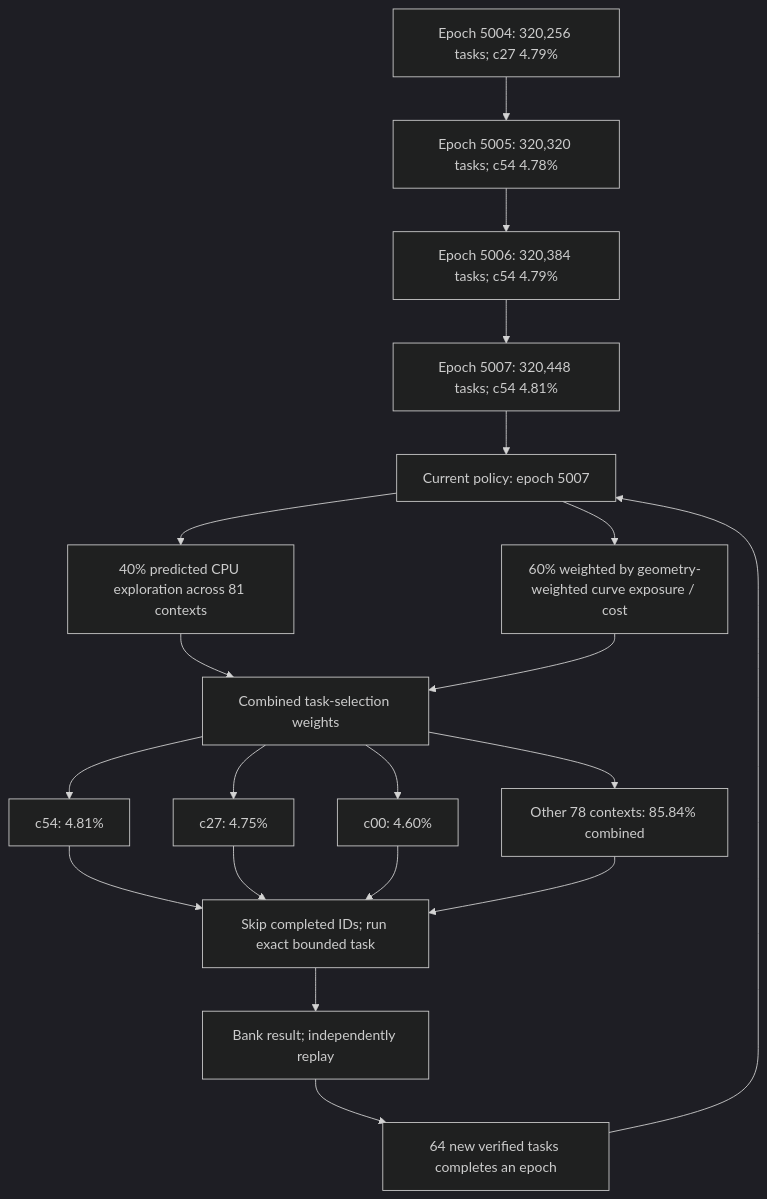
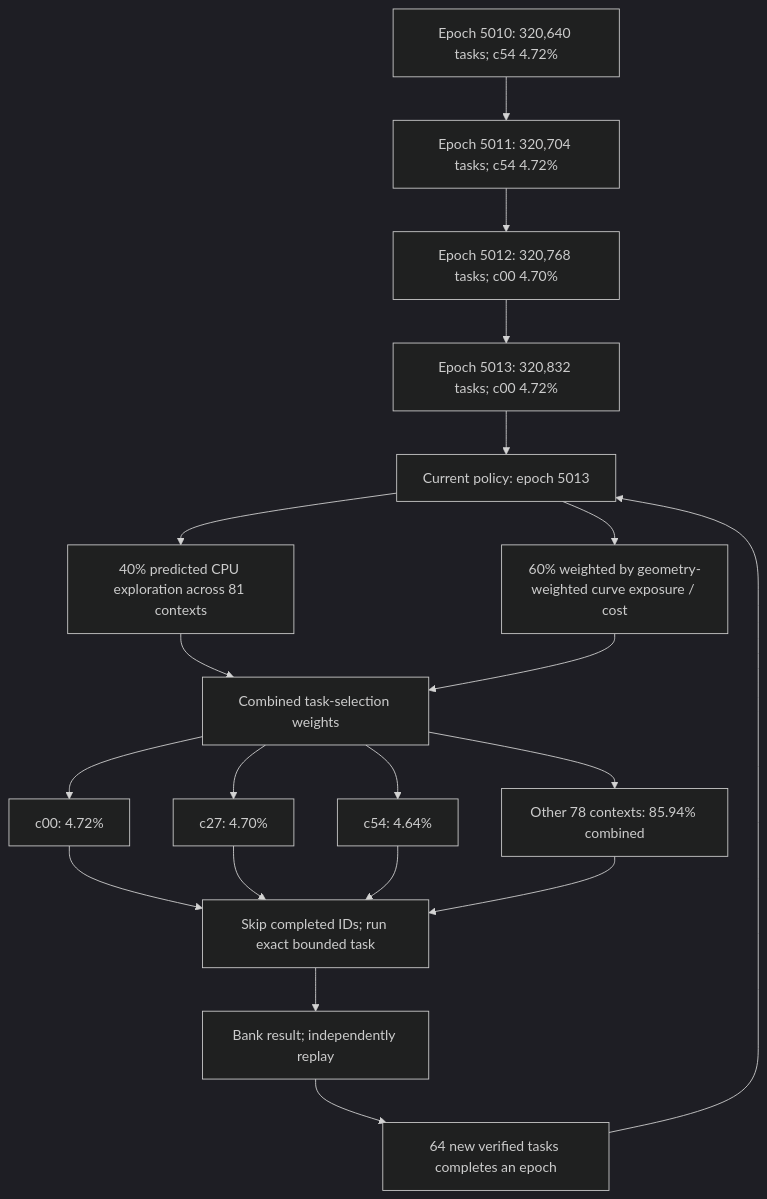
Before and after one commit to Kuberwastaken/math-gambling: the first of 3 diagrams in README.md, drawn with Mermaid (dark theme). The commit also changed other lines of this file and 1170 other files, not shown here.

````diff
--- a/README.md
+++ b/README.md
@@ -60,27 +60,27 @@
 ```mermaid
 flowchart TD
-    H0["Epoch 5004: 320,256 tasks; c27 4.79%"]
-    H1["Epoch 5005: 320,320 tasks; c54 4.78%"]
+    H0["Epoch 5010: 320,640 tasks; c54 4.72%"]
+    H1["Epoch 5011: 320,704 tasks; c54 4.72%"]
     H0 --> H1
-    H2["Epoch 5006: 320,384 tasks; c54 4.79%"]
+    H2["Epoch 5012: 320,768 tasks; c00 4.70%"]
     H1 --> H2
-    H3["Epoch 5007: 320,448 tasks; c54 4.81%"]
+    H3["Epoch 5013: 320,832 tasks; c00 4.72%"]
     H2 --> H3
-    Policy["Current policy: epoch 5007"]
+    Policy["Current policy: epoch 5013"]
     H3 --> Policy
     Policy --> Explore["40% predicted CPU exploration across 81 contexts"]
     Policy --> Cost["60% weighted by geometry-weighted curve exposure / cost"]
     Explore --> Mix["Combined task-selection weights"]
     Cost --> Mix
-    Mix --> C0["c54: 4.81%"]
-    Mix --> C1["c27: 4.75%"]
-    Mix --> C2["c00: 4.60%"]
-    Mix --> Rest["Other 78 contexts: 85.84% combined"]
+    Mix --> C0["c00: 4.72%"]
+    Mix --> C1["c27: 4.70%"]
+    Mix --> C2["c54: 4.64%"]
+    Mix --> Rest["Other 78 contexts: 85.94% combined"]
     C0 --> Check["Skip completed IDs; run exact bounded task"]
     C1 --> Check
     C2 --> Check
     Rest --> Check
     Check --> Replay["Bank result; independently replay"]
     Replay --> Gate["64 new verified tasks completes an epoch"]
     Gate --> Policy
 ```
````
